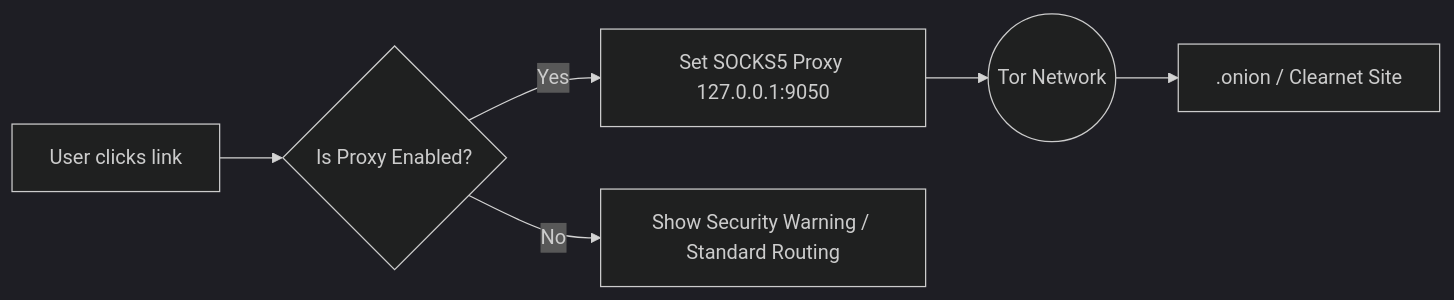
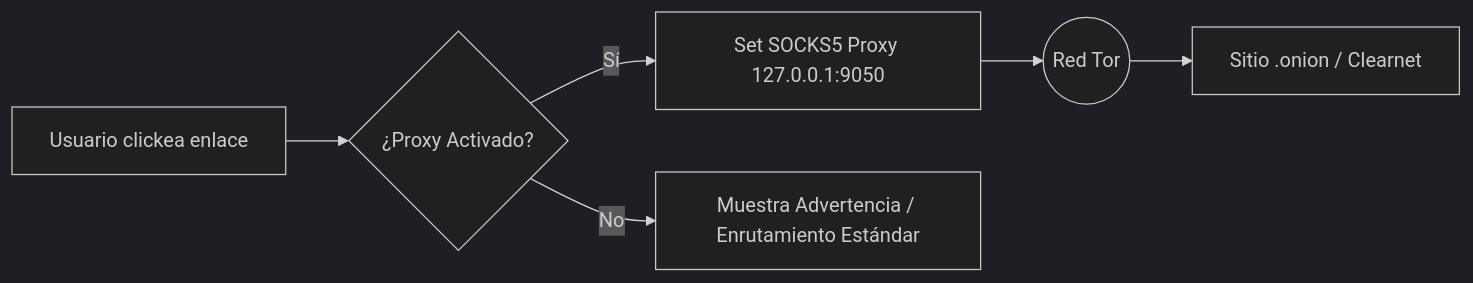
The fourth of 4 diagrams in README.md (Azelmods677/NexusChat), drawn with Mermaid (dark theme) before and after one commit. The commit also changed other lines of this file, not shown here.

````diff
--- a/README.md
+++ b/README.md
@@ -151,8 +150,8 @@
 ```mermaid
 graph LR
-    Link[User clicks link] --> Checks{Is Proxy Enabled?}
-    Checks -- Yes --> Orbot[Set SOCKS5 Proxy 127.0.0.1:9050]
-    Orbot --> TorNet((Tor Network))
-    TorNet --> Onion[.onion / Clearnet Site]
-    Checks -- No --> Fallback[Show Security Warning / Standard Routing]
+    Link[Usuario clickea enlace] --> Checks{¿Proxy Activado?}
+    Checks -- Sí --> Orbot[Set SOCKS5 Proxy 127.0.0.1:9050]
+    Orbot --> TorNet((Red Tor))
+    TorNet --> Onion[Sitio .onion / Clearnet]
+    Checks -- No --> Fallback[Muestra Advertencia / Enrutamiento Estándar]
 ```
````
